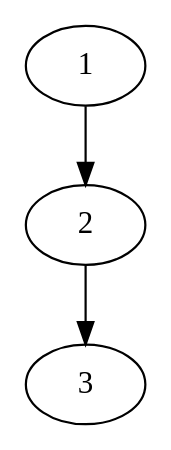
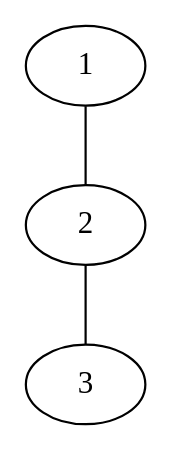
One commit to bj-study/CAB203-Discrete-Structures changed the second of 10 diagrams in CAB203 - Discrete Structures.md. Above: the diagram before and after it, drawn with Graphviz. The commit also changed other lines of this file and 1 other file, not shown here.

Commit message:
Week 9 - Directed Graphs

````diff
--- a/CAB203 - Discrete Structures.md
+++ b/CAB203 - Discrete Structures.md
@@ -1885,6 +1885,6 @@
 ```dot {engine='neato'}
-digraph G {
-	1 -> 2
-	2 -> 3
+graph {
+	1 -- 2
+	2 -- 3
 }
 ```
````
